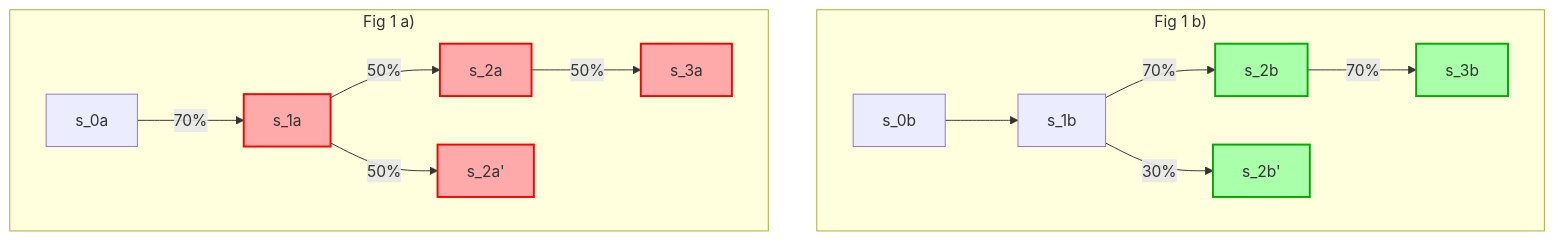
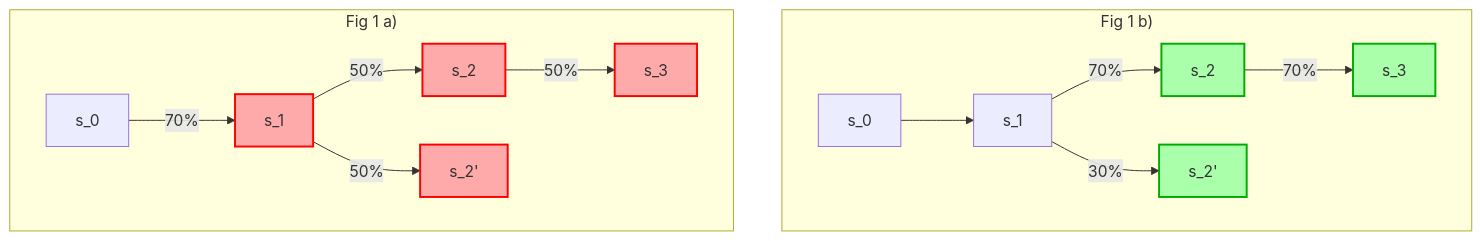
Before and after one commit to movementlabsxyz/MIP: the diagram in MD/md-117/README.md, drawn with Mermaid. The commit also changed other lines of this file, not shown here.

Commit message:
final diagram updates

````diff
--- a/MD/md-117/README.md
+++ b/MD/md-117/README.md
@@ -56,30 +57,27 @@
 ```mermaid
 graph TD
-
-
   %% Subgraph for Fig 1 b
   subgraph "Fig 1 b)"
-    s_0b --> s_1b
-    s_1b -->|70%| s_2b
-    s_1b -->|30%| s_2b'
-    s_2b -->|70%| s_3b
+    s_0b["s_0"] --> s_1b["s_1"]
+    s_1b -->|70%| s_2b["s_2"]
+    s_1b -->|30%| s_2b'["s_2'"]
+    s_2b -->|70%| s_3b["s_3"]
 
     style s_2b fill:#afa,stroke:#0a0,stroke-width:2px
     style s_2b' fill:#afa,stroke:#0a0,stroke-width:2px
     style s_3b fill:#afa,stroke:#0a0,stroke-width:2px
   end
 
   %% Subgraph for Fig 1 a
   subgraph "Fig 1 a)"
-    s_0a -->|70%| s_1a
-    s_1a -->|50%| s_2a
-    s_1a -->|50%| s_2a'
-    s_2a -->|50%| s_3a
+    s_0a["s_0"] -->|70%| s_1a["s_1"]
+    s_1a -->|50%| s_2a["s_2"]
+    s_1a -->|50%| s_2a'["s_2'"]
+    s_2a -->|50%| s_3a["s_3"]
 
     style s_1a fill:#faa,stroke:#f00,stroke-width:2px
     style s_2a fill:#faa,stroke:#f00,stroke-width:2px
     style s_2a' fill:#faa,stroke:#f00,stroke-width:2px
     style s_3a fill:#faa,stroke:#f00,stroke-width:2px
   end
-
 ```
````
